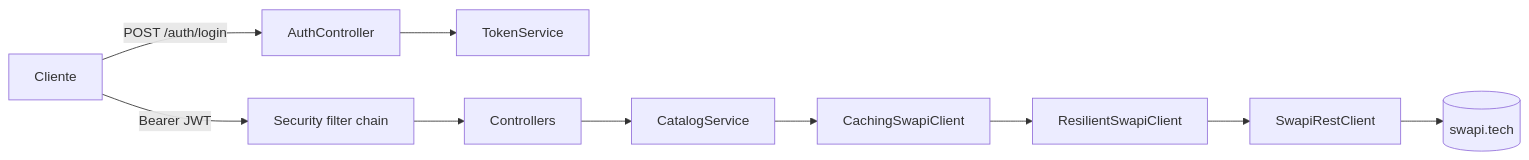
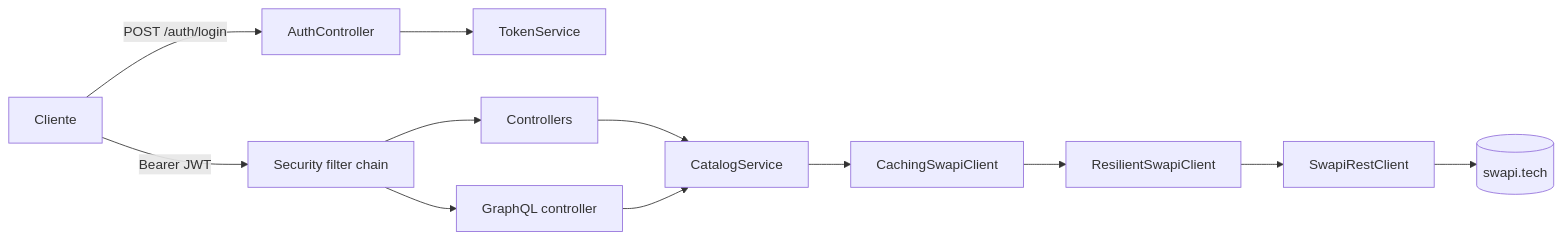
The diagram in README.md (MaximilianoTRZ/star-wars-api), drawn with Mermaid before and after one commit. The commit also changed other lines of this file and 35 other files, not shown here.

Commit message:
feat: Phase 5 - add graphql api (#20)

````diff
--- a/README.md
+++ b/README.md
@@ -436,6 +515,7 @@
 ```mermaid
 flowchart LR
     C[Cliente] -->|Bearer JWT| S[Security filter chain]
     C -->|POST /auth/login| A[AuthController] --> T[TokenService]
-    S --> K[Controllers] --> CS[CatalogService] --> CC[CachingSwapiClient] --> R[ResilientSwapiClient] --> RC[SwapiRestClient] --> X[(swapi.tech)]
+    S --> K[Controllers] --> CS[CatalogService]
+    S --> G[GraphQL controller] --> CS --> CC[CachingSwapiClient] --> R[ResilientSwapiClient] --> RC[SwapiRestClient] --> X[(swapi.tech)]
 ```
````
